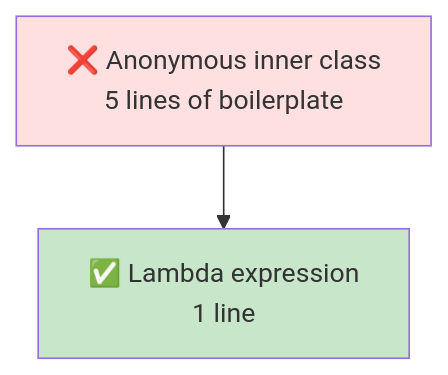
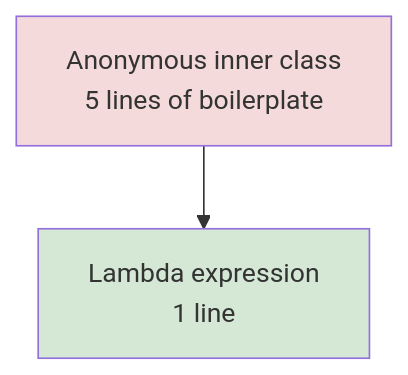
Before and after one commit to kundankumarsharma56/Leaning-Java: the second of 2 diagrams in src/Theory/12-Java-8-Features/03-Lambda-Expressions.md, drawn with Mermaid. The commit also changed other lines of this file and 84 other files, not shown here.

````diff
--- a/src/Theory/12-Java-8-Features/03-Lambda-Expressions.md
+++ b/src/Theory/12-Java-8-Features/03-Lambda-Expressions.md
@@ -39,6 +39,6 @@
 ```mermaid
 flowchart TD
-    A["❌ Anonymous inner class<br/>5 lines of boilerplate"] --> B["✅ Lambda expression<br/>1 line"]
-    style A fill:#ffe0e0
-    style B fill:#c8e6c9
+    A["Anonymous inner class<br/>5 lines of boilerplate"] --> B["Lambda expression<br/>1 line"]
+    style A fill:#f4dada
+    style B fill:#d5e8d6
 ```
````
